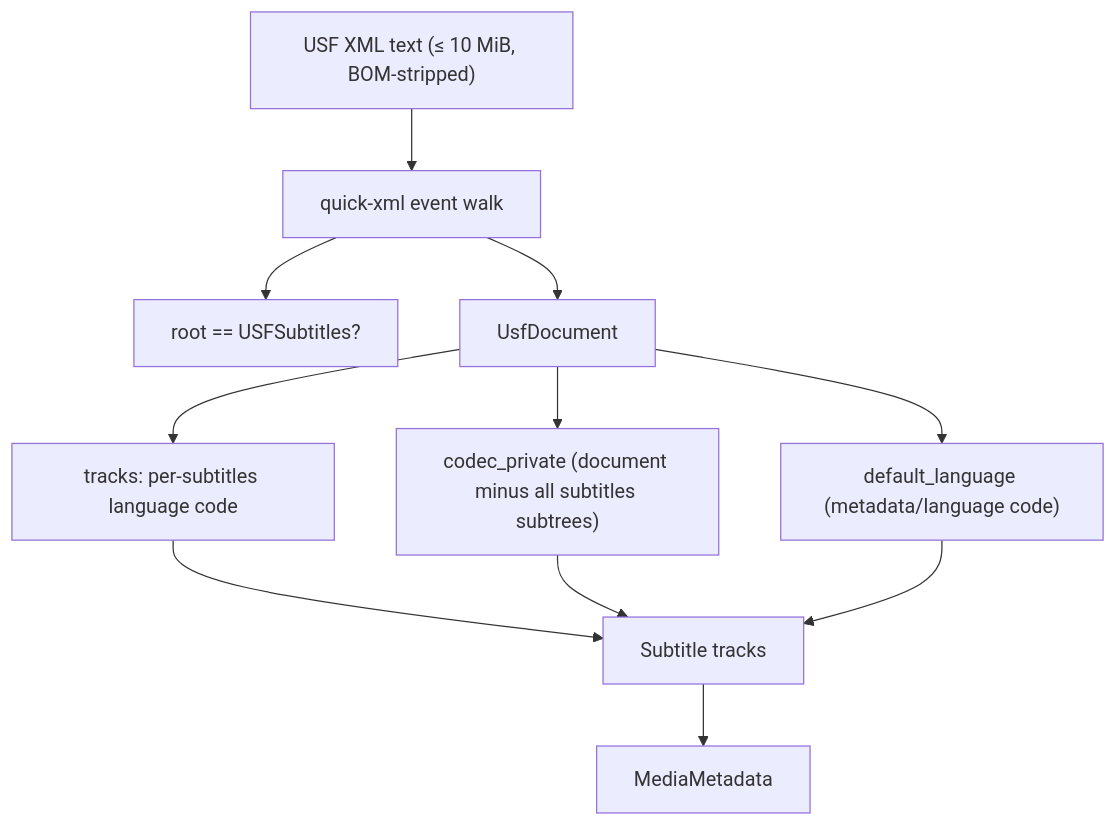
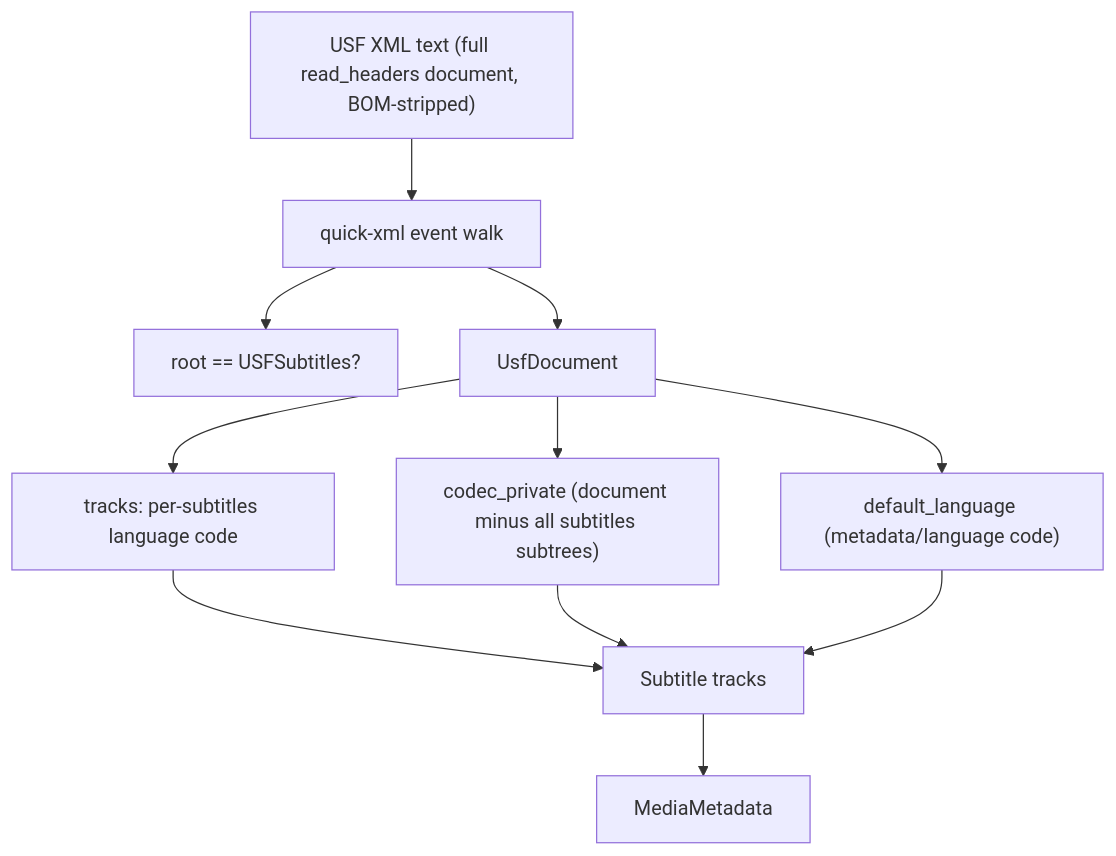
The diagram in docs/parsers/subtitles/usf.md (caoccao/BatchMkvMerge), drawn with Mermaid before and after one commit. The commit also changed other lines of this file and 7 other files, not shown here.

````diff
--- a/docs/parsers/subtitles/usf.md
+++ b/docs/parsers/subtitles/usf.md
@@ -28,13 +28,13 @@
 ```mermaid
 flowchart TD
-  A["USF XML text (≤ 10 MiB, BOM-stripped)"] --> B["quick-xml event walk"]
+  A["USF XML text (full read_headers document, BOM-stripped)"] --> B["quick-xml event walk"]
   B --> C["root == USFSubtitles?"]
   B --> D["UsfDocument"]
   D --> E["default_language (metadata/language code)"]
   D --> F["tracks: per-subtitles language code"]
   D --> G["codec_private (document minus all subtitles subtrees)"]
   F --> H["Subtitle tracks"]
   G --> H
   E --> H
   H --> I["MediaMetadata"]
 ```
````
